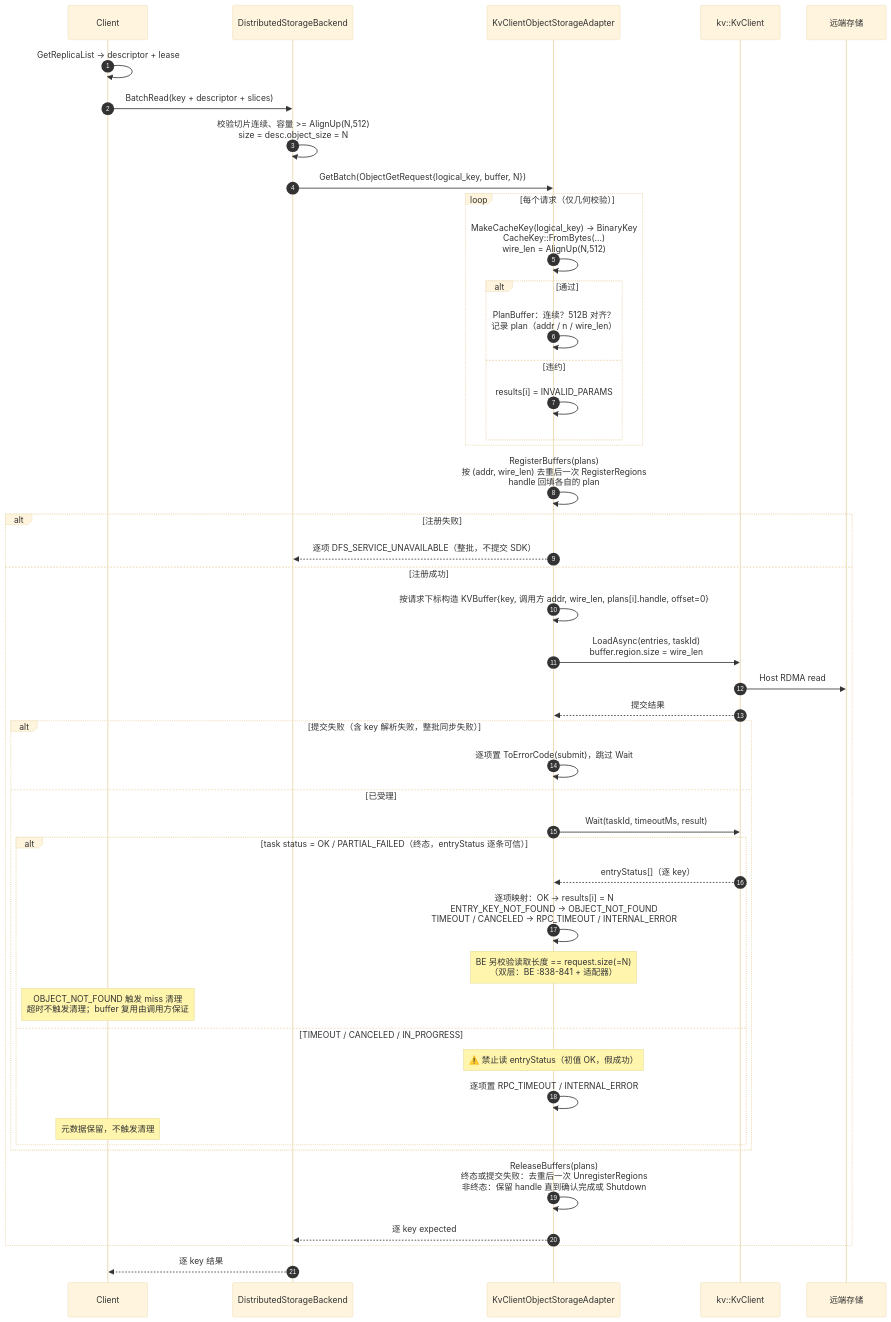
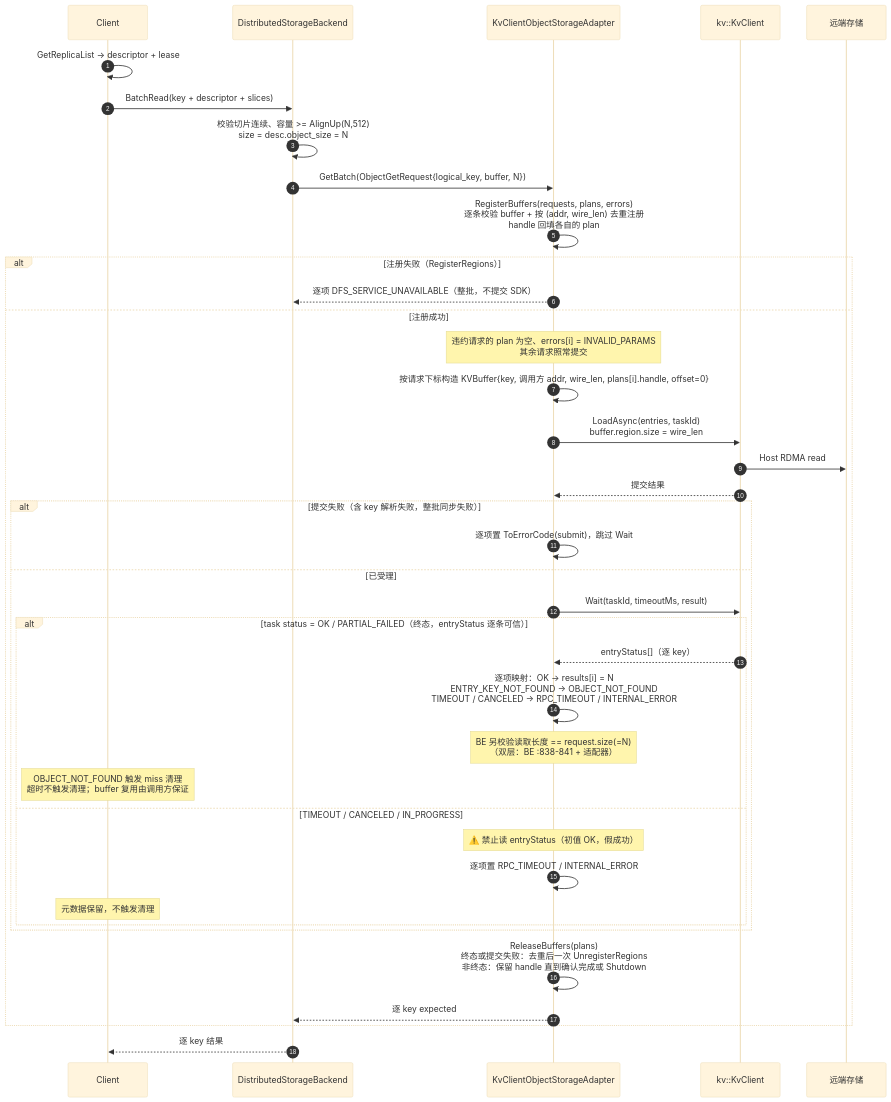
One commit to zwj20000328-dotcom/Mooncake-documents changed the tenth of 13 diagrams in Mooncake + KVClient L3 接入（Kvcs）- v3.md. Above: the diagram before and after it, drawn with Mermaid (base theme). The commit also changed other lines of this file, not shown here.

Commit message:
docs: fold buffer validation into RegisterBuffers

````diff
--- a/Mooncake + KVClient L3 接入（Kvcs）- v3.md
+++ b/Mooncake + KVClient L3 接入（Kvcs）- v3.md
@@ -648,49 +638,42 @@
 ```mermaid
 sequenceDiagram
     autonumber
     participant C as Client
     participant BE as DistributedStorageBackend
     participant AD as KvClientObjectStorageAdapter
     participant SDK as kv::KvClient
     participant S as 远端存储
 
     C->>C: GetReplicaList → descriptor + lease
     C->>BE: BatchRead(key + descriptor + slices)
     BE->>BE: 校验切片连续、容量 >= AlignUp(N,512)<br/>size = desc.object_size = N
     BE->>AD: GetBatch(ObjectGetRequest{logical_key, buffer, N})
-    loop 每个请求（仅几何校验）
-        AD->>AD: MakeCacheKey(logical_key) → BinaryKey<br/>CacheKey::FromBytes(...)<br/>wire_len = AlignUp(N,512)
-        alt 通过
-            AD->>AD: PlanBuffer：连续？512B 对齐？<br/>记录 plan（addr / n / wire_len）
-        else 违约
-            AD->>AD: results[i] = INVALID_PARAMS
-        end
-    end
-    AD->>AD: RegisterBuffers(plans)<br/>按 (addr, wire_len) 去重后一次 RegisterRegions<br/>handle 回填各自的 plan
-    alt 注册失败
+    AD->>AD: RegisterBuffers(requests, plans, errors)<br/>逐条校验 buffer + 按 (addr, wire_len) 去重注册<br/>handle 回填各自的 plan
+    alt 注册失败（RegisterRegions）
         AD-->>BE: 逐项 DFS_SERVICE_UNAVAILABLE（整批，不提交 SDK）
     else 注册成功
+        Note over AD: 违约请求的 plan 为空、errors[i] = INVALID_PARAMS<br/>其余请求照常提交
         AD->>AD: 按请求下标构造 KVBuffer{key, 调用方 addr, wire_len, plans[i].handle, offset=0}
         AD->>SDK: LoadAsync(entries, taskId)<br/>buffer.region.size = wire_len
         SDK->>S: Host RDMA read
         SDK-->>AD: 提交结果
         alt 提交失败（含 key 解析失败，整批同步失败）
             AD->>AD: 逐项置 ToErrorCode(submit)，跳过 Wait
         else 已受理
             AD->>SDK: Wait(taskId, timeoutMs, result)
             alt task status = OK / PARTIAL_FAILED（终态，entryStatus 逐条可信）
                 SDK-->>AD: entryStatus[]（逐 key）
                 AD->>AD: 逐项映射：OK → results[i] = N<br/>ENTRY_KEY_NOT_FOUND → OBJECT_NOT_FOUND<br/>TIMEOUT / CANCELED → RPC_TIMEOUT / INTERNAL_ERROR
                 Note over AD: BE 另校验读取长度 == request.size(=N)<br/>（双层：BE :838-841 + 适配器）
                 Note over C: OBJECT_NOT_FOUND 触发 miss 清理<br/>超时不触发清理；buffer 复用由调用方保证
             else TIMEOUT / CANCELED / IN_PROGRESS
                 Note over AD: ⚠️ 禁止读 entryStatus（初值 OK，假成功）
                 AD->>AD: 逐项置 RPC_TIMEOUT / INTERNAL_ERROR
                 Note over C: 元数据保留，不触发清理
             end
         end
         AD->>AD: ReleaseBuffers(plans)<br/>终态或提交失败：去重后一次 UnregisterRegions<br/>非终态：保留 handle 直到确认完成或 Shutdown
         AD-->>BE: 逐 key expected
     end
     BE-->>C: 逐 key 结果
 ```
````
